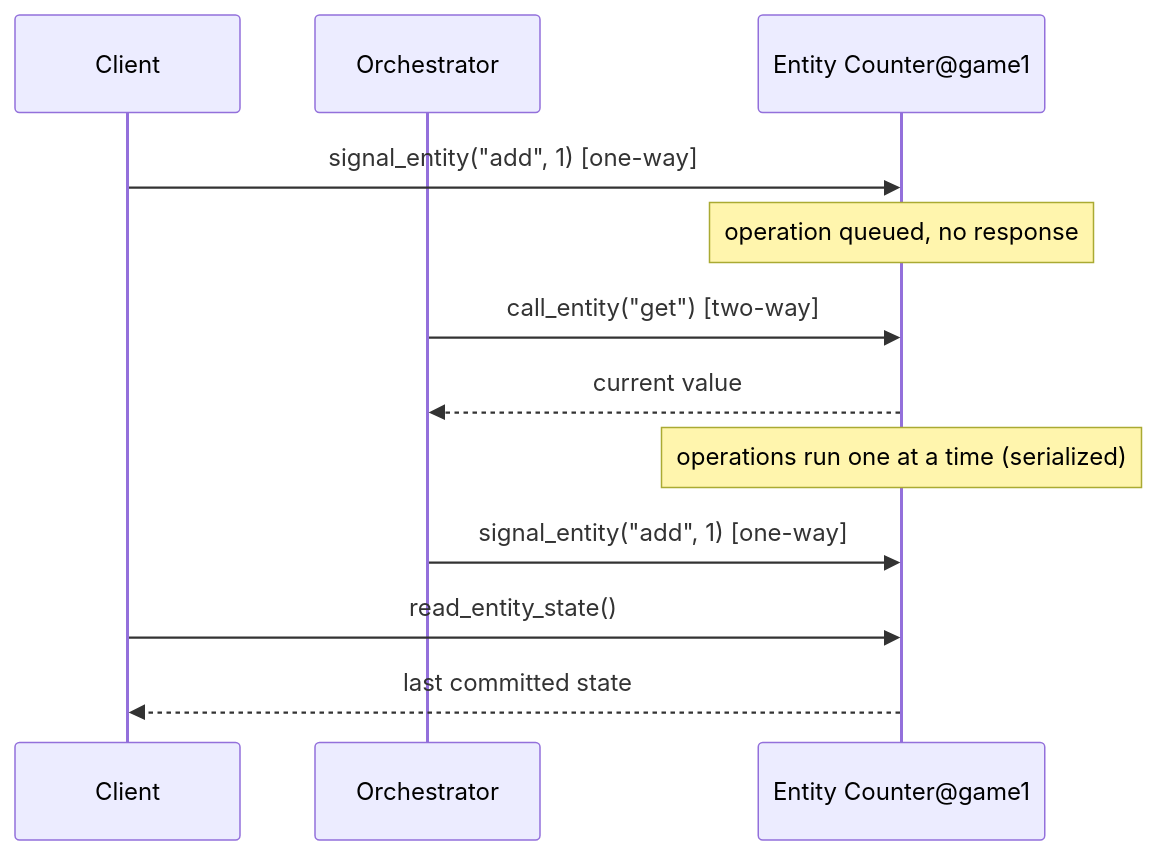
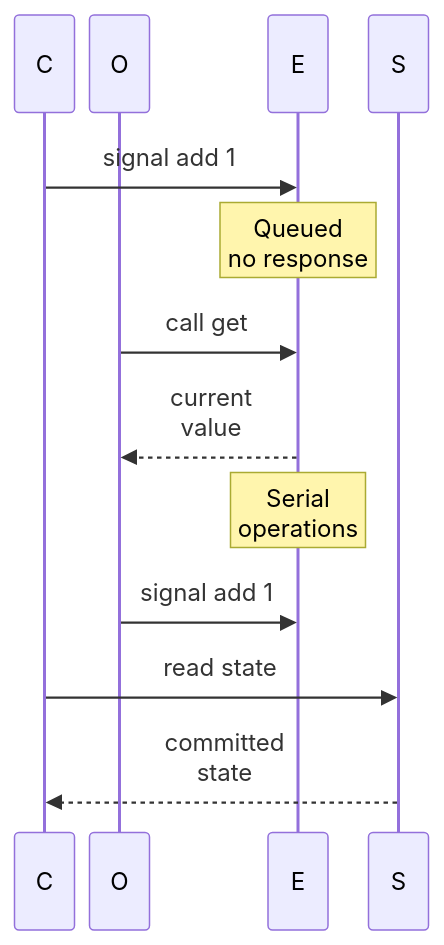
Before and after one commit to yeongseon/azure-functions-practical-guide: the second of 2 diagrams in docs/language-guides/python/recipes/durable-entities.md, drawn with Mermaid. The commit also changed other lines of this file and 4 other files, not shown here.

First line of the commit message:
docs(diagrams): migrate Functions Durable Functions — durable orchestration and durable advanced and related pages (#424)

````diff
--- a/docs/language-guides/python/recipes/durable-entities.md
+++ b/docs/language-guides/python/recipes/durable-entities.md
@@ -167,14 +179,18 @@
 ```mermaid
+%%{init: {"sequence": {"width": 40, "actorMargin": 10, "diagramMarginX": 5, "noteMargin": 5}}}%%
 sequenceDiagram
-    participant C as Client
-    participant O as Orchestrator
-    participant E as Entity Counter@game1
-    C->>E: signal_entity("add", 1) [one-way]
-    Note over E: operation queued, no response
-    O->>E: call_entity("get") [two-way]
-    E-->>O: current value
-    Note over E: operations run one at a time (serialized)
-    O->>E: signal_entity("add", 1) [one-way]
-    C->>E: read_entity_state()
-    E-->>C: last committed state
+    accTitle: Entity signals, calls and committed-state reads
+    accDescr: A client signals an entity without a response. An orchestrator calls for a value and then signals. Entity operations run serially. The client queries the tracking store for committed state, not the entity's in-memory state.
+    participant C as C
+    participant O as O
+    participant E as E
+    participant S as S
+    C->>E: signal add 1
+    Note over E: Queued<br/>no response
+    O->>E: call get
+    E-->>O: current<br/>value
+    Note over E: Serial<br/>operations
+    O->>E: signal add 1
+    C->>S: read state
+    S-->>C: committed<br/>state
 ```
````
